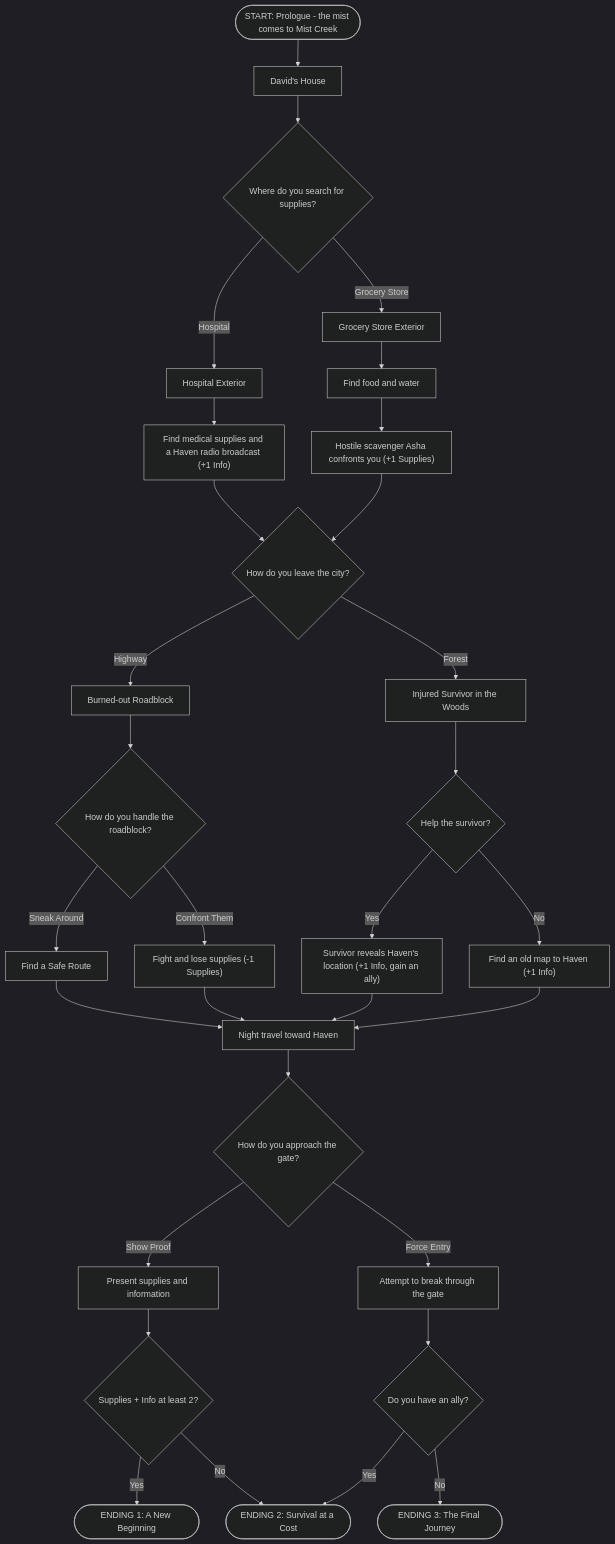
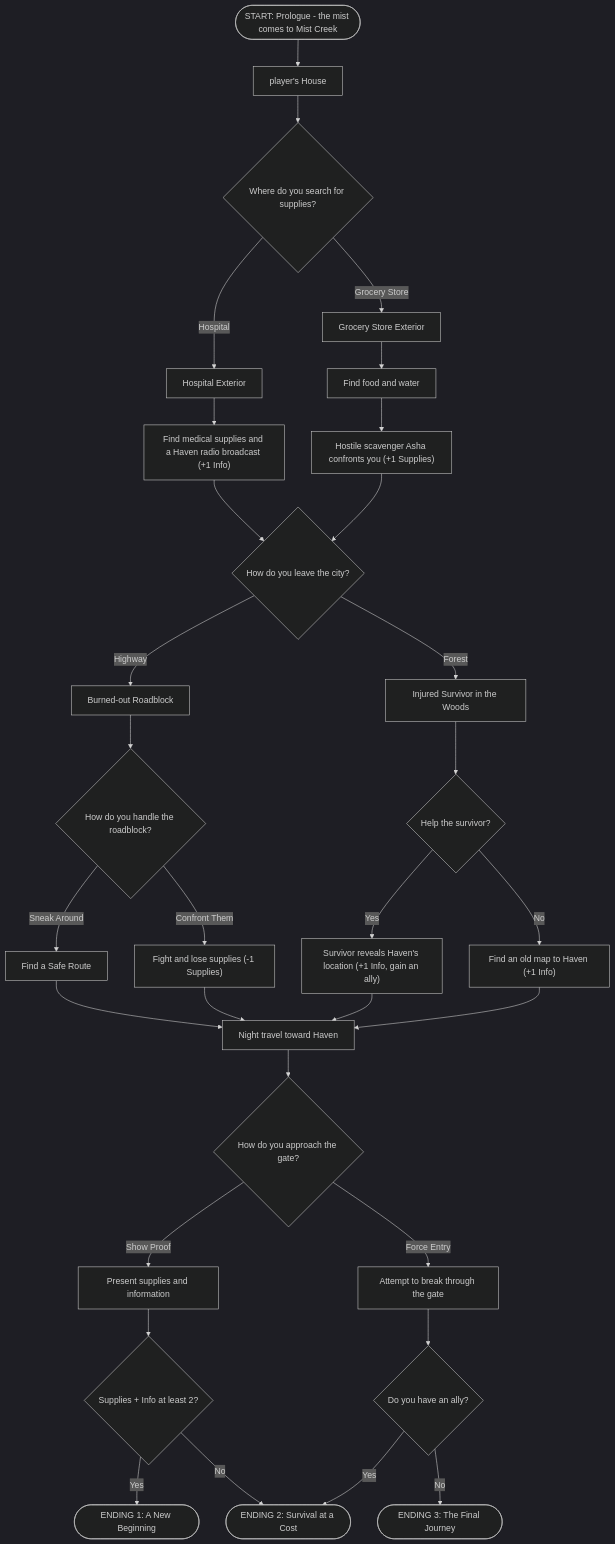
Before and after one commit to 779825896mingchen-svg/WEB-115-Final-Project-Group-5: the diagram in README.md, drawn with Mermaid (dark theme). The commit also changed other lines of this file and 6 other files, not shown here.

````diff
--- a/README.md
+++ b/README.md
@@ -52,44 +52,44 @@
 ```mermaid
 flowchart TD
-    A([START: Prologue - the mist comes to Mist Creek]) --> B[David's House]
+    A([START: Prologue - the mist comes to Mist Creek]) --> B[player's House]
     B --> C{Where do you search for supplies?}
 
     C -->|Hospital| D[Hospital Exterior]
     C -->|Grocery Store| E[Grocery Store Exterior]
 
     D --> F["Find medical supplies and a Haven radio broadcast (+1 Info)"]
     E --> G[Find food and water]
     G --> H["Hostile scavenger Asha confronts you (+1 Supplies)"]
 
     F --> I{How do you leave the city?}
     H --> I
 
     I -->|Highway| J[Burned-out Roadblock]
     I -->|Forest| K[Injured Survivor in the Woods]
 
     J --> L{How do you handle the roadblock?}
     L -->|Sneak Around| M[Find a Safe Route]
     L -->|Confront Them| N["Fight and lose supplies (-1 Supplies)"]
 
     K --> O{Help the survivor?}
     O -->|Yes| P["Survivor reveals Haven's location (+1 Info, gain an ally)"]
     O -->|No| Q["Find an old map to Haven (+1 Info)"]
 
     M --> R[Night travel toward Haven]
     N --> R
     P --> R
     Q --> R
 
     R --> S{How do you approach the gate?}
 
     S -->|Show Proof| T[Present supplies and information]
     S -->|Force Entry| U[Attempt to break through the gate]
 
     T --> V{"Supplies + Info at least 2?"}
     V -->|Yes| W([ENDING 1: A New Beginning])
     V -->|No| X([ENDING 2: Survival at a Cost])
 
     U --> Y{Do you have an ally?}
     Y -->|Yes| X
     Y -->|No| Z([ENDING 3: The Final Journey])
 ```
````
